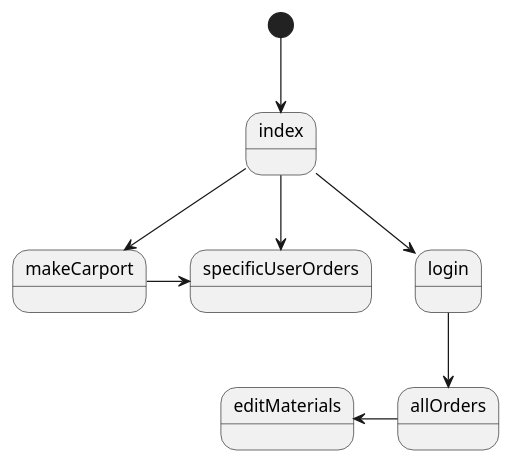
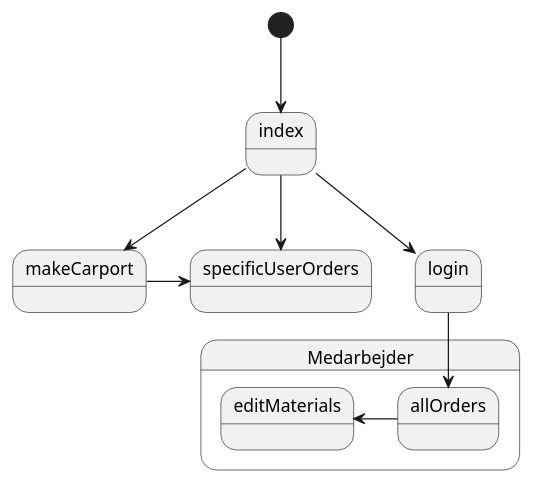
One commit to NikolajX4000/Sem2Exam changed the diagram in src/main/java/UML/NavigationDiagram.puml. Above: the diagram before and after it, drawn with PlantUML. The commit also changed 4 other files, not shown here.

Commit message:
lavet navigationsdiagram

```diff
--- a/src/main/java/UML/NavigationDiagram.puml
+++ b/src/main/java/UML/NavigationDiagram.puml
@@ -1,15 +1,17 @@
 @startuml
 
 [*] --> index
 
-allOrders -left-> editMaterials
 
 index --> login
 index --> makeCarport
 index --> specificUserOrders
 
+makeCarport -> specificUserOrders
+state Medarbejder{
+allOrders -left-> editMaterials
+
 login --> allOrders
-
-makeCarport -> specificUserOrders
+}
 
 @enduml
```
